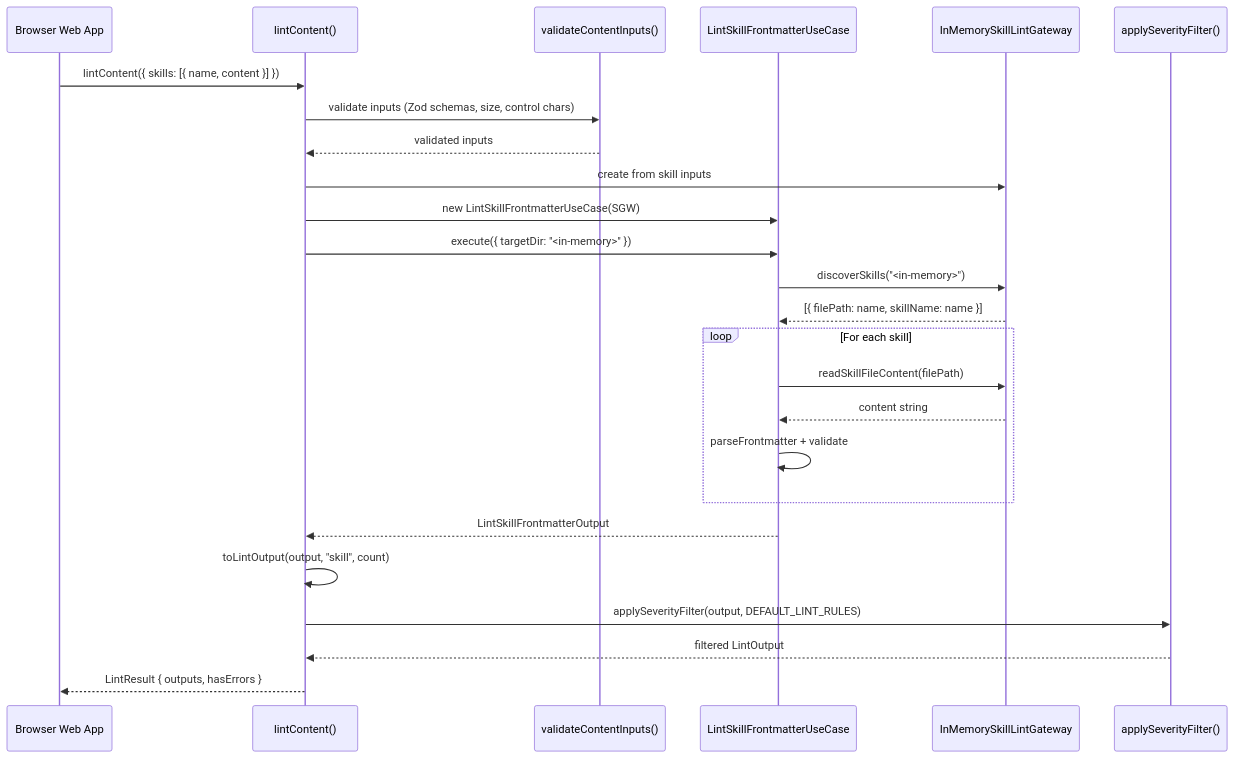
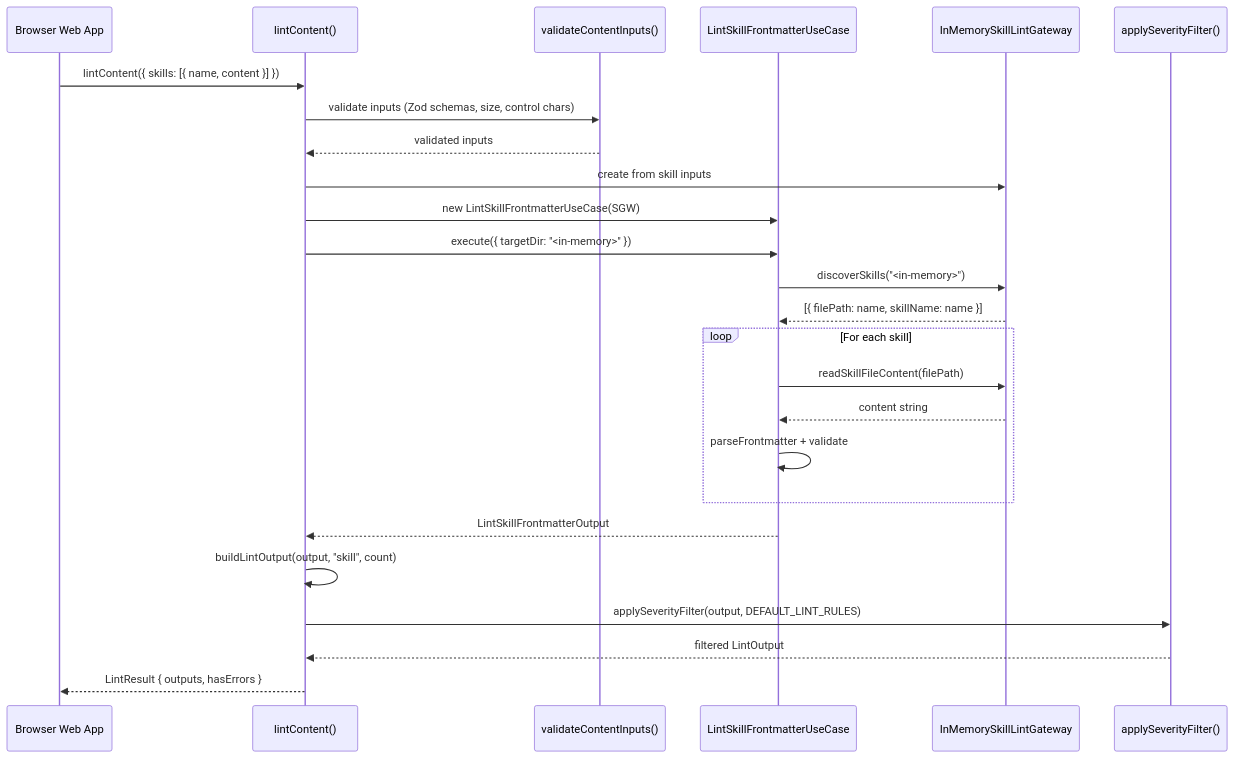
Before and after one commit to zpratt/lousy-agents: the second of 2 diagrams in .github/specs/lint-string-input.spec.md, drawn with Mermaid. The commit also changed other lines of this file, not shown here.

````diff
--- a/.github/specs/lint-string-input.spec.md
+++ b/.github/specs/lint-string-input.spec.md
@@ -248,30 +248,30 @@
 ```mermaid
 sequenceDiagram
     participant WebApp as Browser Web App
     participant LC as lintContent()
     participant V as validateContentInputs()
     participant SUC as LintSkillFrontmatterUseCase
     participant SGW as InMemorySkillLintGateway
     participant Filter as applySeverityFilter()
 
     WebApp->>LC: lintContent({ skills: [{ name, content }] })
     LC->>V: validate inputs (Zod schemas, size, control chars)
     V-->>LC: validated inputs
 
     LC->>SGW: create from skill inputs
     LC->>SUC: new LintSkillFrontmatterUseCase(SGW)
     LC->>SUC: execute({ targetDir: "<in-memory>" })
     SUC->>SGW: discoverSkills("<in-memory>")
     SGW-->>SUC: [{ filePath: name, skillName: name }]
     loop For each skill
         SUC->>SGW: readSkillFileContent(filePath)
         SGW-->>SUC: content string
         SUC->>SUC: parseFrontmatter + validate
     end
     SUC-->>LC: LintSkillFrontmatterOutput
 
-    LC->>LC: toLintOutput(output, "skill", count)
+    LC->>LC: buildLintOutput(output, "skill", count)
     LC->>Filter: applySeverityFilter(output, DEFAULT_LINT_RULES)
     Filter-->>LC: filtered LintOutput
     LC-->>WebApp: LintResult { outputs, hasErrors }
 ```
````
